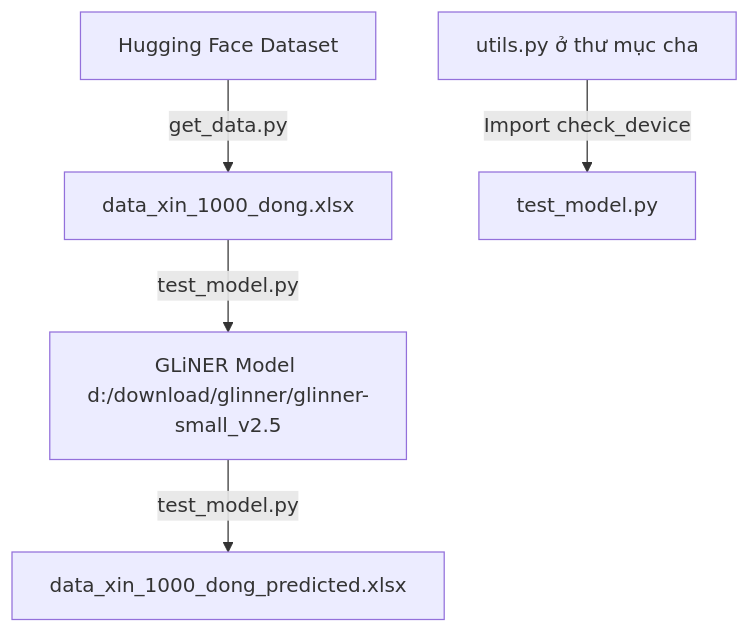
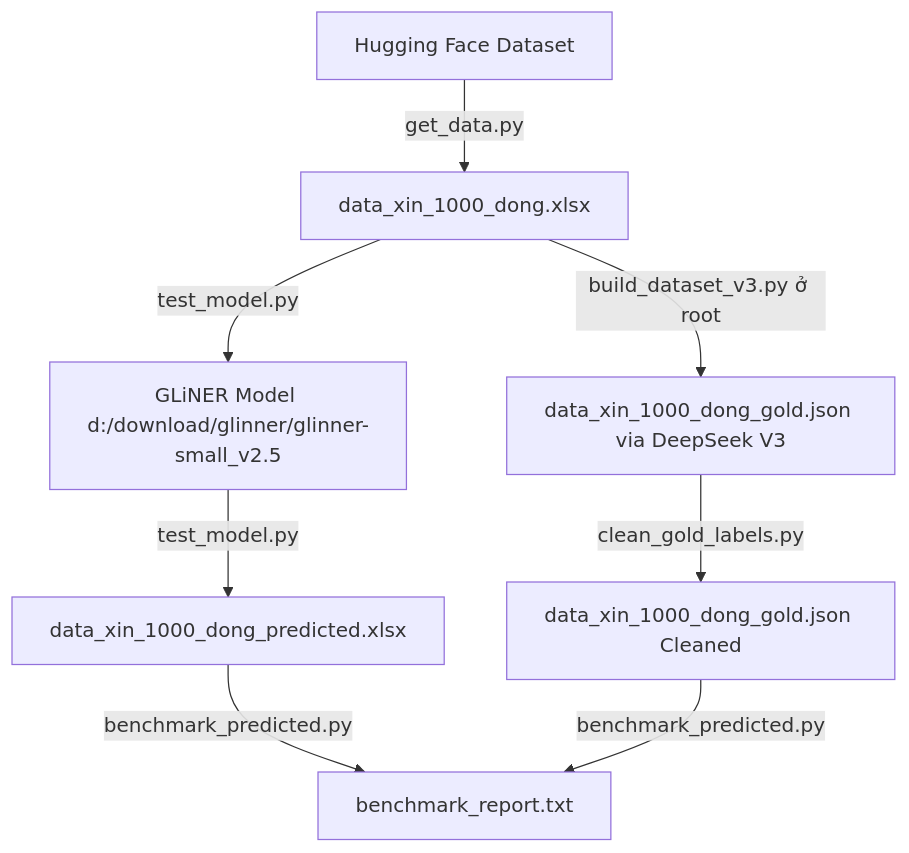
Before and after one commit to tuong1901/dfghtraingliner: the diagram in data_test/README.md, drawn with Mermaid. The commit also changed other lines of this file and 15 other files, not shown here.

Commit message:
Add clean_gold_labels.py, update data_test README.md and documentation.md

````diff
--- a/data_test/README.md
+++ b/data_test/README.md
@@ -41,7 +70,12 @@
 ```mermaid
 graph TD
     HF[Hugging Face Dataset] -->|get_data.py| Excel[data_xin_1000_dong.xlsx]
     Excel -->|test_model.py| Model[GLiNER Model d:/download/glinner/glinner-small_v2.5]
     Model -->|test_model.py| Output[data_xin_1000_dong_predicted.xlsx]
-    ParentUtils[utils.py ở thư mục cha] -->|Import check_device| test_model.py
+    
+    Excel -->|build_dataset_v3.py ở root| Gold[data_xin_1000_dong_gold.json via DeepSeek V3]
+    Gold -->|clean_gold_labels.py| CleanedGold[data_xin_1000_dong_gold.json Cleaned]
+    
+    Output -->|benchmark_predicted.py| Report[benchmark_report.txt]
+    CleanedGold -->|benchmark_predicted.py| Report
 ```
````
